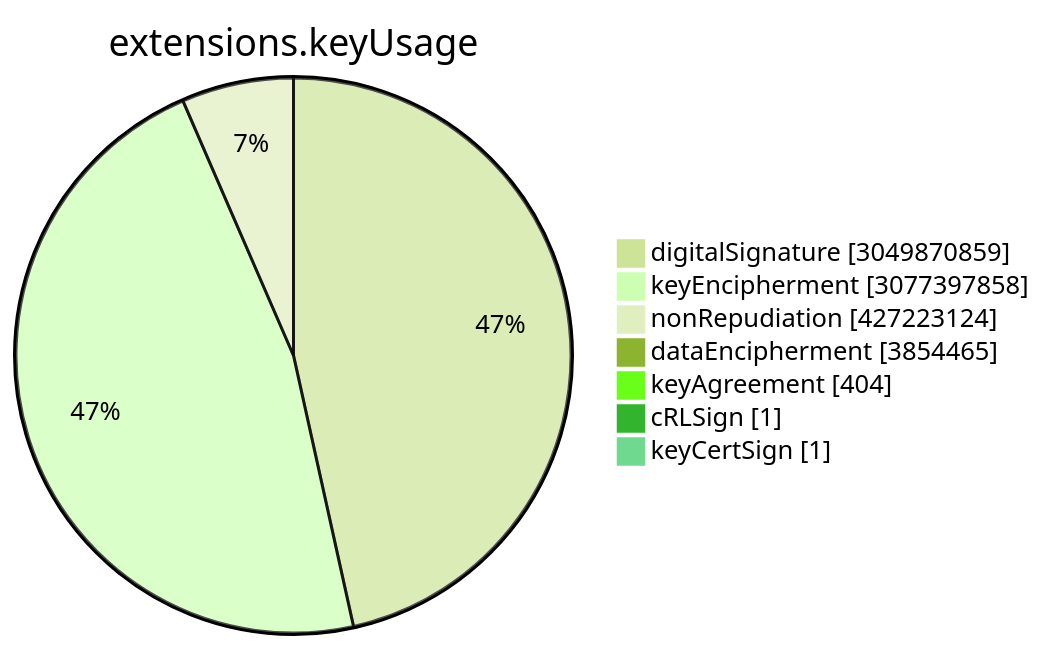
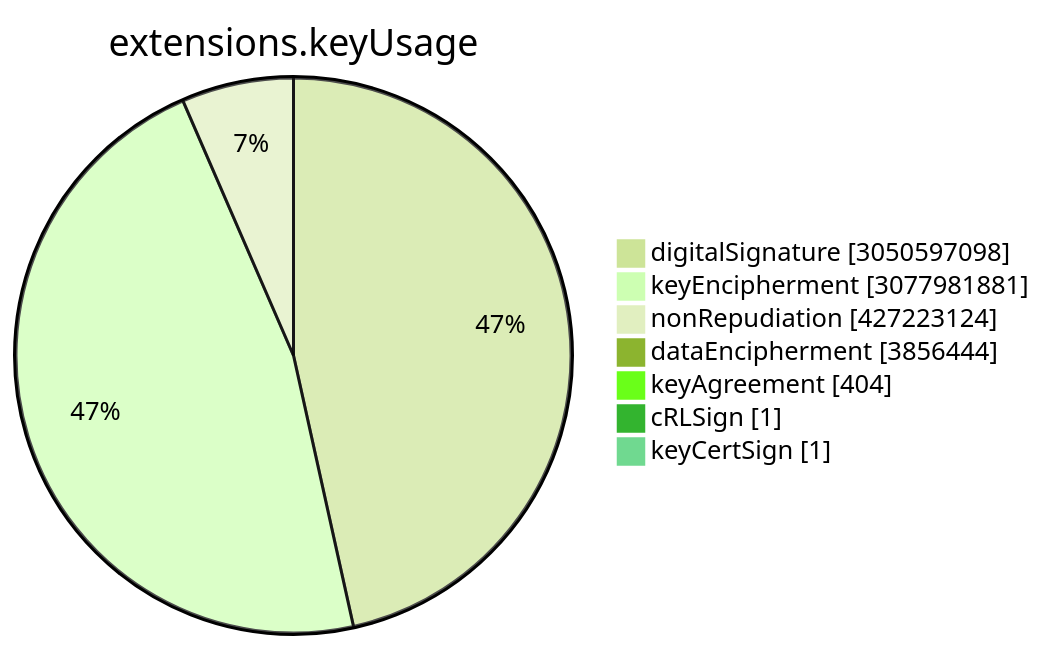
One commit to christiankrug/ctmonitor_visualization changed the sixth of 15 diagrams in TOTAL/README.md. Above: the diagram before and after it, drawn with Mermaid (forest theme). The commit also changed other lines of this file, not shown here.

````diff
--- a/TOTAL/README.md
+++ b/TOTAL/README.md
@@ -3077,11 +3077,11 @@
 ```mermaid
 pie showData
 title extensions.keyUsage
-"digitalSignature" :3049870859
-"keyEncipherment" :3077397858
+"digitalSignature" :3050597098
+"keyEncipherment" :3077981881
 "nonRepudiation" :427223124
-"dataEncipherment" :3854465
+"dataEncipherment" :3856444
 "keyAgreement" :404
 "cRLSign" :1
 "keyCertSign" :1
 ```
````
